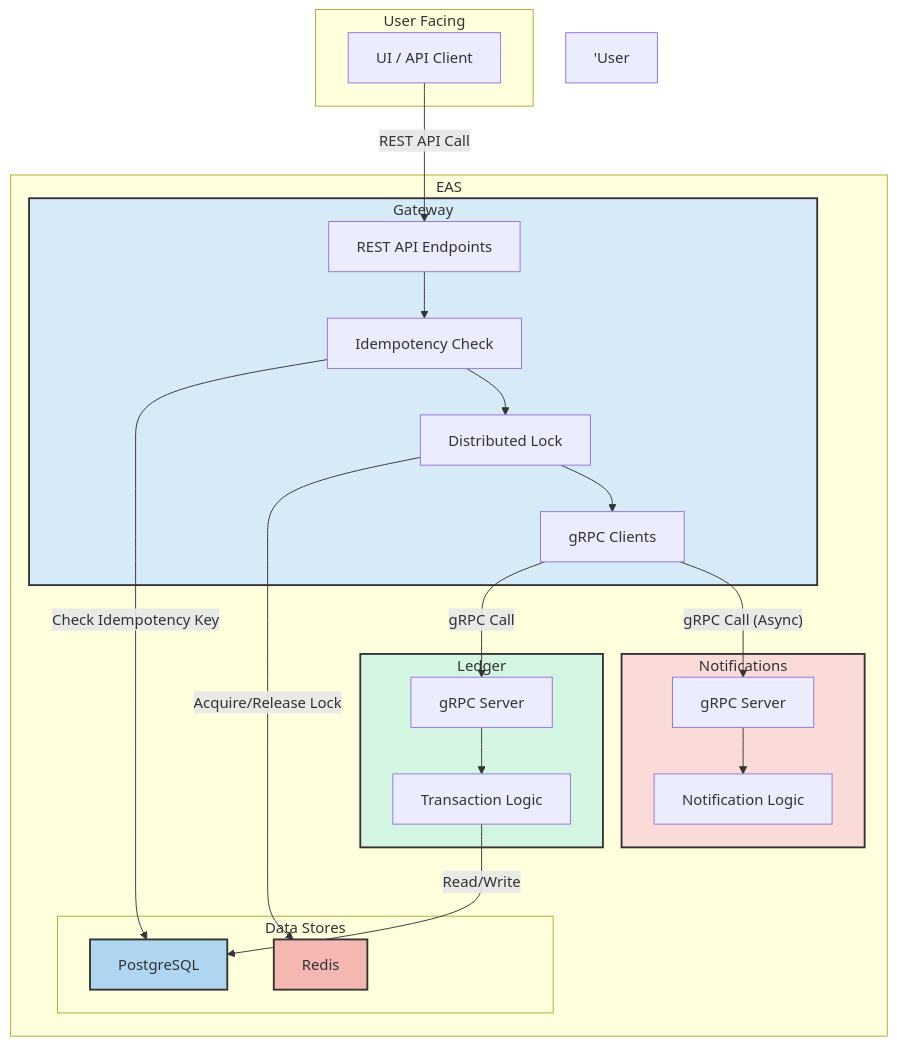
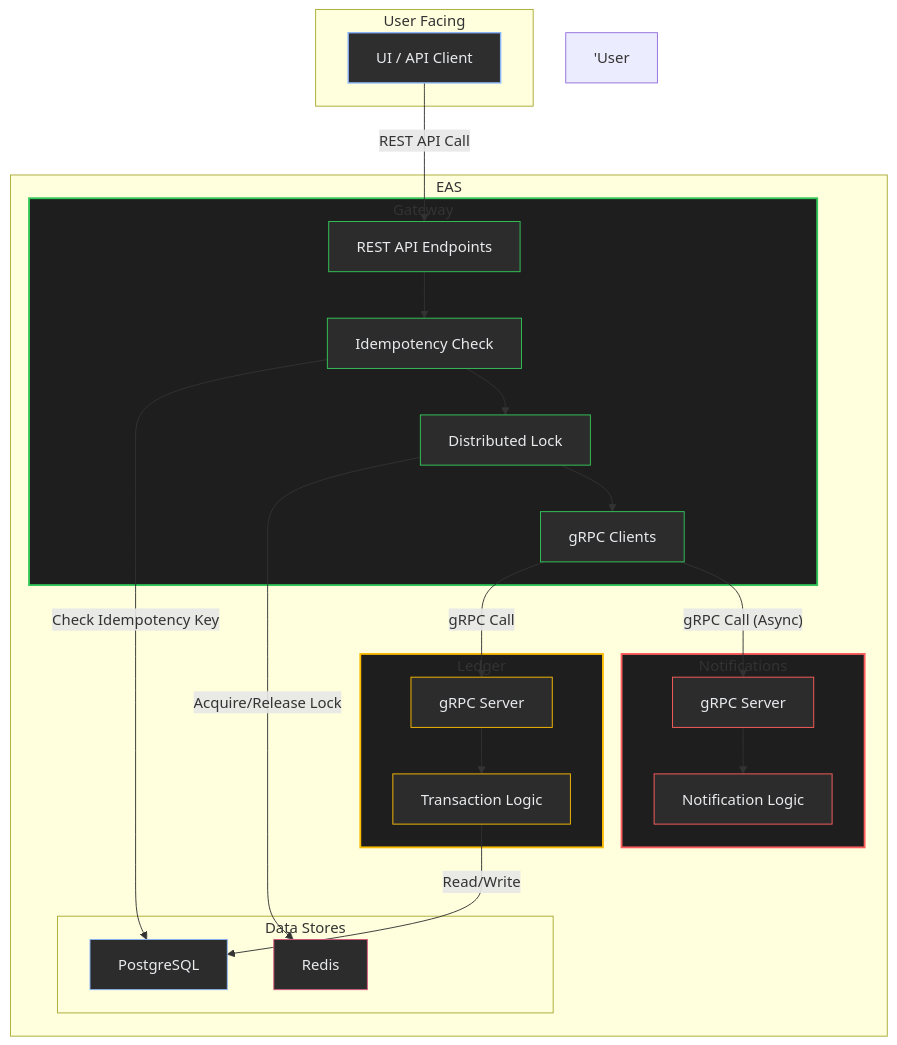
Before and after one commit to P-Bhanu-Sohan/EASPayments: the diagram in README.md, drawn with Mermaid.

````diff
--- a/README.md
+++ b/README.md
@@ -219,49 +219,59 @@
 ```mermaid
 graph TD
+    %% DARK MODE THEME
     subgraph "User Facing"
-        style 'User Facing' fill:#F2F2F2,stroke:#333,stroke-width:2px
+        style 'User Facing' fill:#1e1e1e,stroke:#8ab4f8,stroke-width:2px
         A[UI / API Client]
+        style A fill:#2e2e2e,stroke:#8ab4f8,stroke-width:1.5px,color:#e8eaed
     end
 
     subgraph "EAS"
-        style Gateway fill:#D6EAF8,stroke:#333,stroke-width:2px
+        style Gateway fill:#1e1e1e,stroke:#34c759,stroke-width:2px
         subgraph Gateway
             B[REST API Endpoints]
             C[Idempotency Check]
             D[Distributed Lock]
             E[gRPC Clients]
+            style B fill:#2c2c2c,stroke:#34c759,color:#e8eaed
+            style C fill:#2c2c2c,stroke:#34c759,color:#e8eaed
+            style D fill:#2c2c2c,stroke:#34c759,color:#e8eaed
+            style E fill:#2c2c2c,stroke:#34c759,color:#e8eaed
         end
 
-        style Ledger fill:#D5F5E3,stroke:#333,stroke-width:2px
+        style Ledger fill:#1e1e1e,stroke:#fbbc04,stroke-width:2px
         subgraph Ledger
             F[gRPC Server]
             G[Transaction Logic]
+            style F fill:#2c2c2c,stroke:#fbbc04,color:#e8eaed
+            style G fill:#2c2c2c,stroke:#fbbc04,color:#e8eaed
         end
 
-        style Notifications fill:#FADBD8,stroke:#333,stroke-width:2px
+        style Notifications fill:#1e1e1e,stroke:#ff5e5e,stroke-width:2px
         subgraph Notifications
             H[gRPC Server]
             I[Notification Logic]
+            style H fill:#2c2c2c,stroke:#ff5e5e,color:#e8eaed
+            style I fill:#2c2c2c,stroke:#ff5e5e,color:#e8eaed
         end
 
         subgraph "Data Stores"
             J[PostgreSQL]
             K[Redis]
+            style J fill:#2c2c2c,stroke:#8ab4f8,color:#e8eaed
+            style K fill:#2c2c2c,stroke:#d85a7f,color:#e8eaed
         end
     end
 
     A -- "REST API Call" --> B
     B --> C
     C -- "Check Idempotency Key" --> J
     C --> D
     D -- "Acquire/Release Lock" --> K
     D --> E
     E -- "gRPC Call" --> F
     F --> G
     G -- "Read/Write" --> J
     E -- "gRPC Call (Async)" --> H
     H --> I
 
-    style J fill:#AED6F1,stroke:#333,stroke-width:2px
-    style K fill:#F5B7B1,stroke:#333,stroke-width:2px
 ```
````
